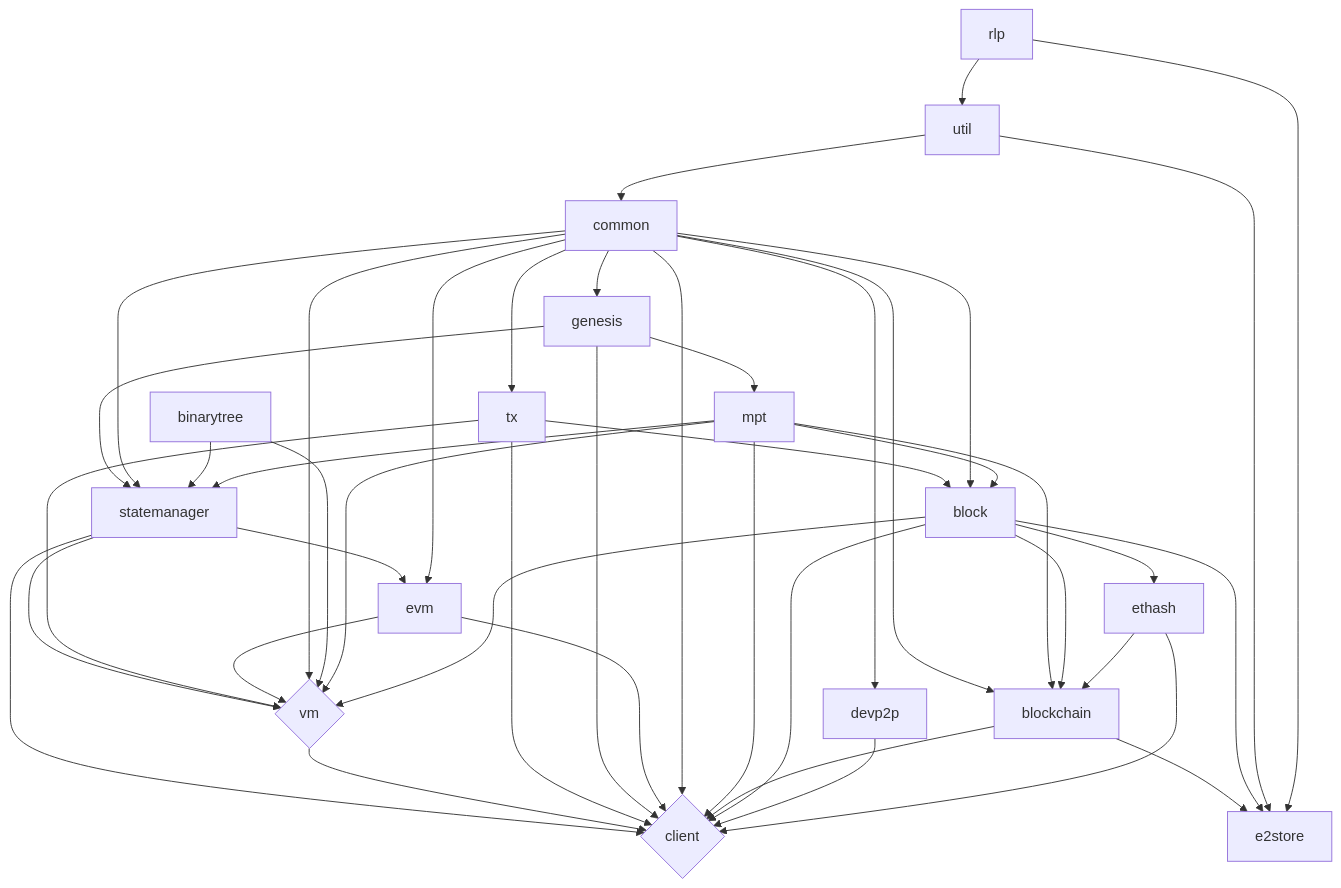
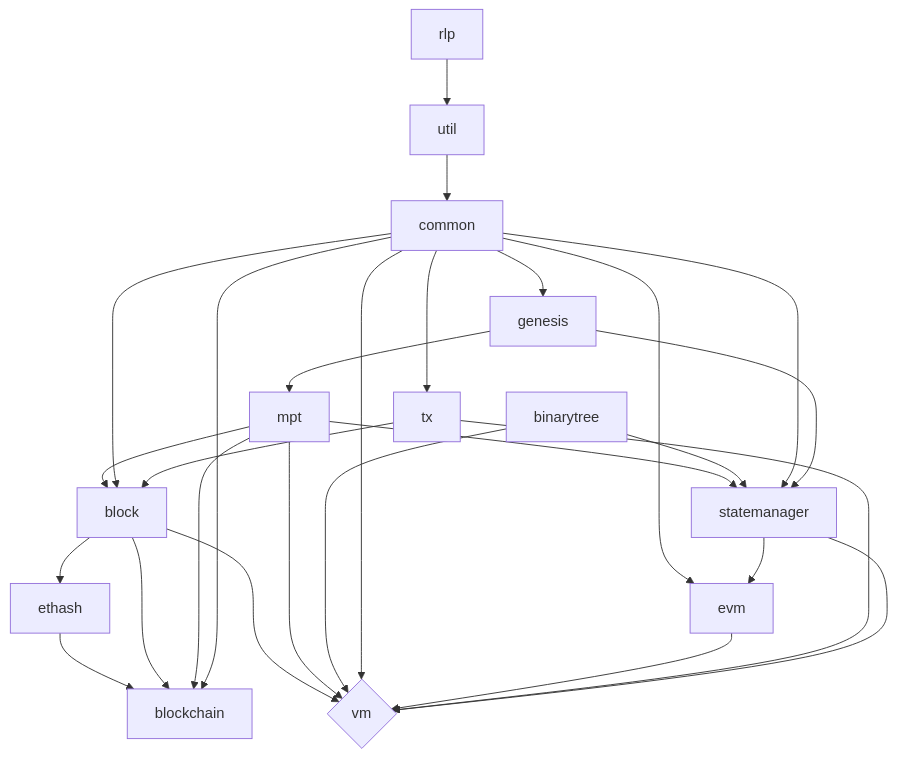
The diagram in README.md (adamtka42/qrljs-monorepo), drawn with Mermaid before and after one commit. The commit also changed other lines of this file and 534 other files, not shown here.

````diff
--- a/README.md
+++ b/README.md
@@ -112,47 +109,30 @@
 ```mermaid
  graph TD
    vm{vm}
-   client{client}
    ethash --> blockchain
-   ethash --> client
-   devp2p --> client
-   block --> client
    block --> blockchain
    block --> ethash
    block --> vm
-   blockchain --> client
-   mpt --> client
    mpt --> vm
    mpt --> blockchain
    mpt --> block
    mpt --> statemanager
    binarytree --> vm
    binarytree --> statemanager
    util --> common
    common --> block
    common --> statemanager
    common --> tx
    common --> blockchain
    common --> vm
    common --> evm
-   common --> client
-   common --> devp2p
    common --> genesis
    evm --> vm
-   evm --> client
-   genesis --> client
    genesis --> statemanager
    genesis --> mpt
    tx --> block
    tx --> vm
-   tx --> client
-   vm --> client
    rlp --> util
-   rlp --> e2store
-   util --> e2store
-   block --> e2store
-   blockchain --> e2store
    statemanager --> evm
    statemanager --> vm
-   statemanager --> client
 ```
````
